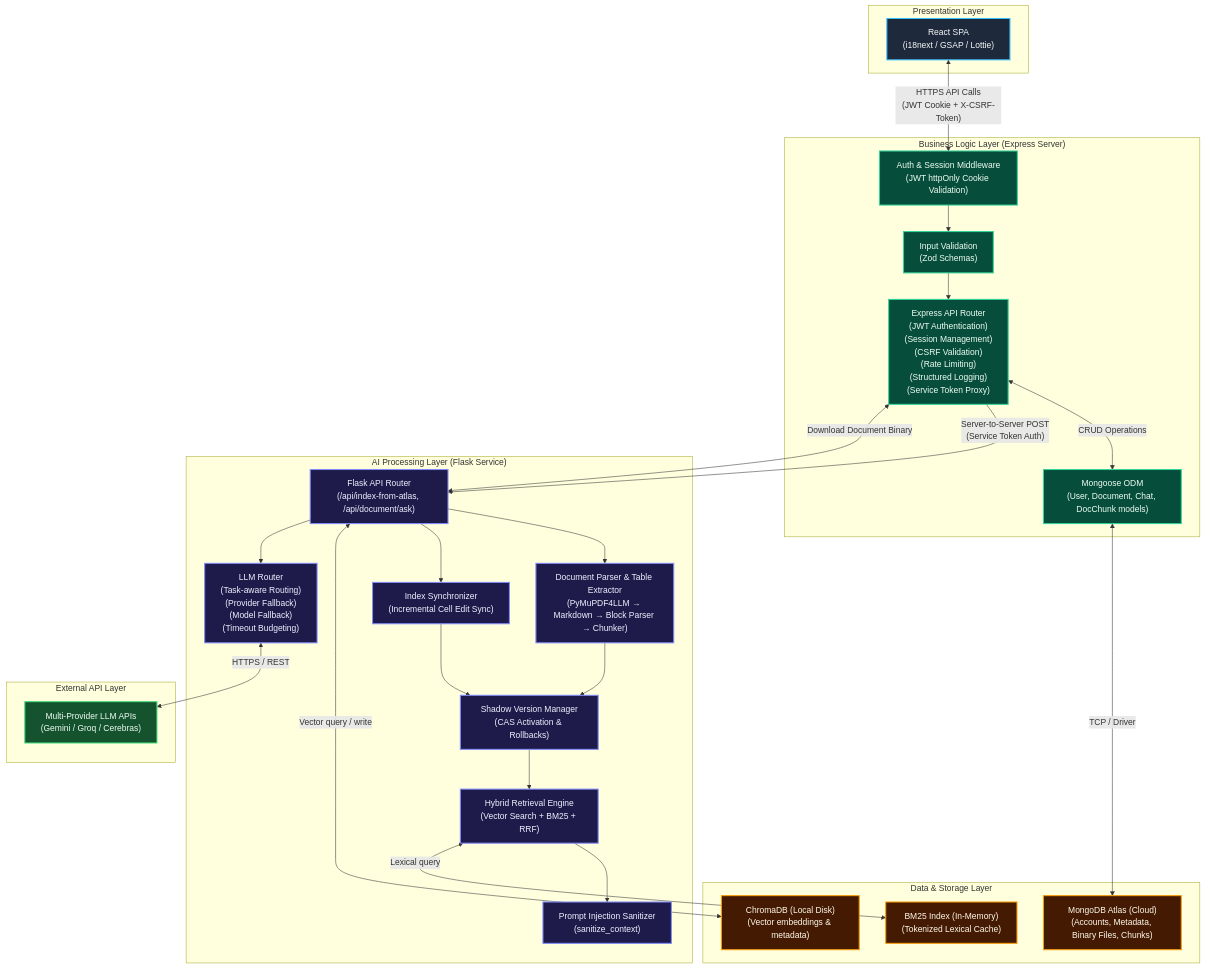
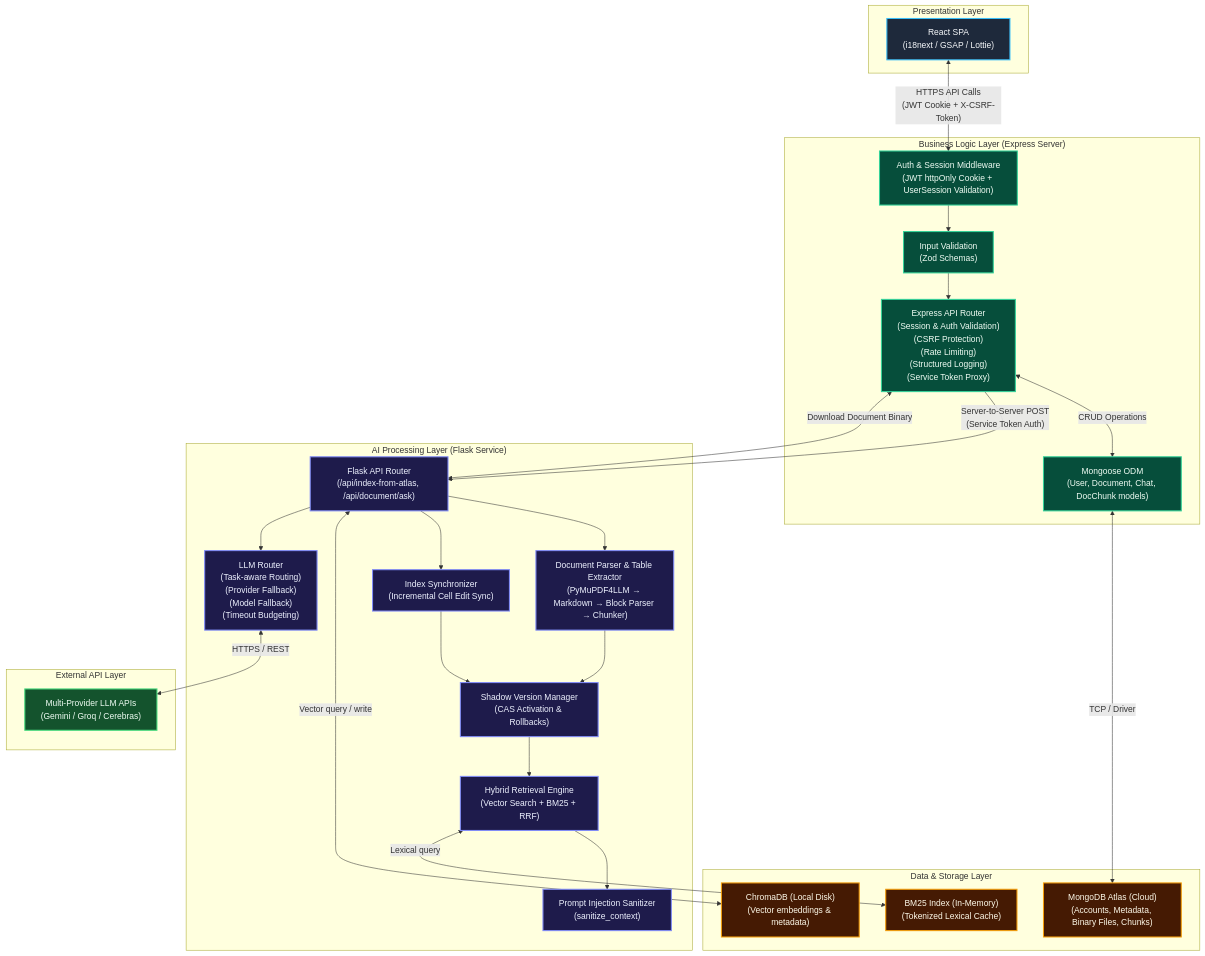
The first of 2 diagrams in README.md (SmartDocQ/SmartDocQ), drawn with Mermaid before and after one commit. The commit also changed other lines of this file and 14 other files, not shown here.

````diff
--- a/README.md
+++ b/README.md
@@ -61,70 +47,70 @@
 ```mermaid
 graph TD
     %% Styles
     classDef client fill:#1E293B,stroke:#38BDF8,stroke-width:2px,color:#F8FAFC;
     classDef business fill:#064E3B,stroke:#34D399,stroke-width:2px,color:#F0FDF4;
     classDef aiservice fill:#1E1B4B,stroke:#818CF8,stroke-width:2px,color:#EEF2FF;
     classDef storage fill:#451A03,stroke:#F59E0B,stroke-width:2px,color:#FFFBEB;
     classDef external fill:#14532D,stroke:#4ADE80,stroke-width:2px,color:#F0FDF4;
 
     %% Client Layer
     subgraph Client_Layer ["Presentation Layer"]
         ReactSPA["React SPA<br/>(i18next / GSAP / Lottie)"]:::client
     end
 
     %% Business Logic Layer
     subgraph Middleware_Layer ["Business Logic Layer (Express Server)"]
-        ExpressRouter["Express API Router<br/>(JWT Authentication)<br/>(Session Management)<br/>(CSRF Validation)<br/>(Rate Limiting)<br/>(Structured Logging)<br/>(Service Token Proxy)"]:::business
-        AuthGuard["Auth & Session Middleware<br/>(JWT httpOnly Cookie Validation)"]:::business
+        ExpressRouter["Express API Router<br/>(Session & Auth Validation)<br/>(CSRF Protection)<br/>(Rate Limiting)<br/>(Structured Logging)<br/>(Service Token Proxy)"]:::business
+        AuthGuard["Auth & Session Middleware<br/>(JWT httpOnly Cookie + UserSession Validation)"]:::business
         ZodValidator["Input Validation<br/>(Zod Schemas)"]:::business
         MongooseDB["Mongoose ODM<br/>(User, Document, Chat, DocChunk models)"]:::business
     end
 
     %% AI Processing Layer
     subgraph AI_Layer ["AI Processing Layer (Flask Service)"]
         FlaskApp["Flask API Router<br/>(/api/index-from-atlas, /api/document/ask)"]:::aiservice
         Parser["Document Parser & Table Extractor<br/>(PyMuPDF4LLM → Markdown → Block Parser → Chunker)"]:::aiservice
         IndexSynchronizer["Index Synchronizer<br/>(Incremental Cell Edit Sync)"]:::aiservice
         ShadowVersionManager["Shadow Version Manager<br/>(CAS Activation & Rollbacks)"]:::aiservice
         RetrievalPipeline["Hybrid Retrieval Engine<br/>(Vector Search + BM25 + RRF)"]:::aiservice
         Sanitizer["Prompt Injection Sanitizer<br/>(sanitize_context)"]:::aiservice
         LLMRouter["LLM Router<br/>(Task-aware Routing)<br/>(Provider Fallback)<br/>(Model Fallback)<br/>(Timeout Budgeting)"]:::aiservice
     end
 
     %% Storage Layer
     subgraph Storage_Layer ["Data & Storage Layer"]
         MongoDB["MongoDB Atlas (Cloud)<br/>(Accounts, Metadata, Binary Files, Chunks)"]:::storage
         ChromaDB["ChromaDB (Local Disk)<br/>(Vector embeddings & metadata)"]:::storage
         BM25Cache["BM25 Index (In-Memory)<br/>(Tokenized Lexical Cache)"]:::storage
     end
 
     %% External
     subgraph External_APIs ["External API Layer"]
         LLM_APIs["Multi-Provider LLM APIs<br/>(Gemini / Groq / Cerebras)"]:::external
     end
 
     %% Flow/Connections
     ReactSPA <-->|"HTTPS API Calls<br/>(JWT Cookie + X-CSRF-Token)"| AuthGuard
     AuthGuard --> ZodValidator
     ZodValidator --> ExpressRouter
     
     ExpressRouter <-->|"CRUD Operations"| MongooseDB
     MongooseDB <-->|"TCP / Driver"| MongoDB
     
     ExpressRouter -->|"Server-to-Server POST<br/>(Service Token Auth)"| FlaskApp
     
     FlaskApp --> Parser
     Parser --> ShadowVersionManager
     FlaskApp --> IndexSynchronizer
     IndexSynchronizer --> ShadowVersionManager
     ShadowVersionManager --> RetrievalPipeline
     RetrievalPipeline --> Sanitizer
     
     FlaskApp <-->|"Download Document Binary"| ExpressRouter
     
     FlaskApp <-->|"Vector query / write"| ChromaDB
     RetrievalPipeline <-->|"Lexical query"| BM25Cache
     
     FlaskApp --> LLMRouter
     LLMRouter <-->|"HTTPS / REST"| LLM_APIs
 ```
````
